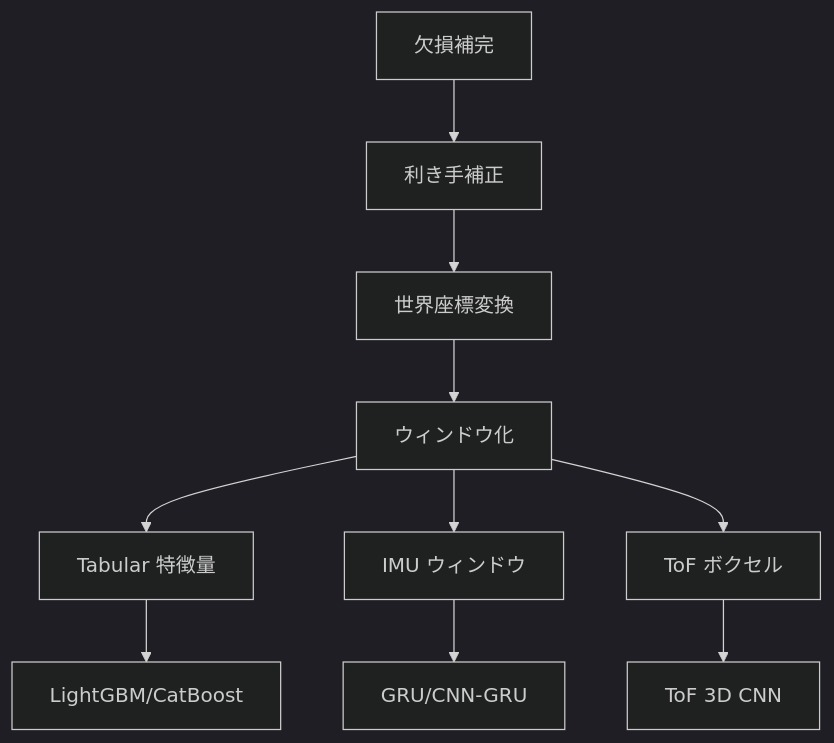
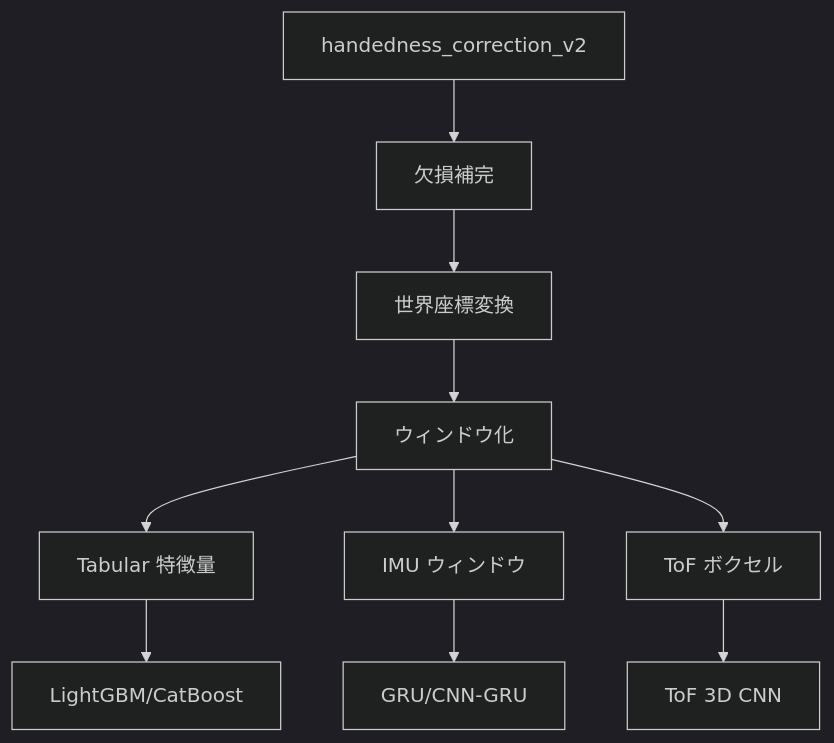
The diagram in doc/preprocessing_outputs.md (xniconicox/CMI_detect_behavior), drawn with Mermaid (dark theme) before and after one commit. The commit also changed 1 other file, not shown here.

Commit message:
docs: update preprocessing flow

````diff
--- a/doc/preprocessing_outputs.md
+++ b/doc/preprocessing_outputs.md
@@ -21,12 +21,12 @@
 ```mermaid
 graph TD
-    A[欠損補完] --> B[利き手補正]
+    A[handedness_correction_v2] --> B[欠損補完]
     B --> C[世界座標変換]
     C --> D[ウィンドウ化]
     D --> E1[Tabular 特徴量]
     D --> E2[IMU ウィンドウ]
     D --> E3[ToF ボクセル]
     E1 --> F1[LightGBM/CatBoost]
     E2 --> F2[GRU/CNN-GRU]
     E3 --> F3[ToF 3D CNN]
 ```
````
